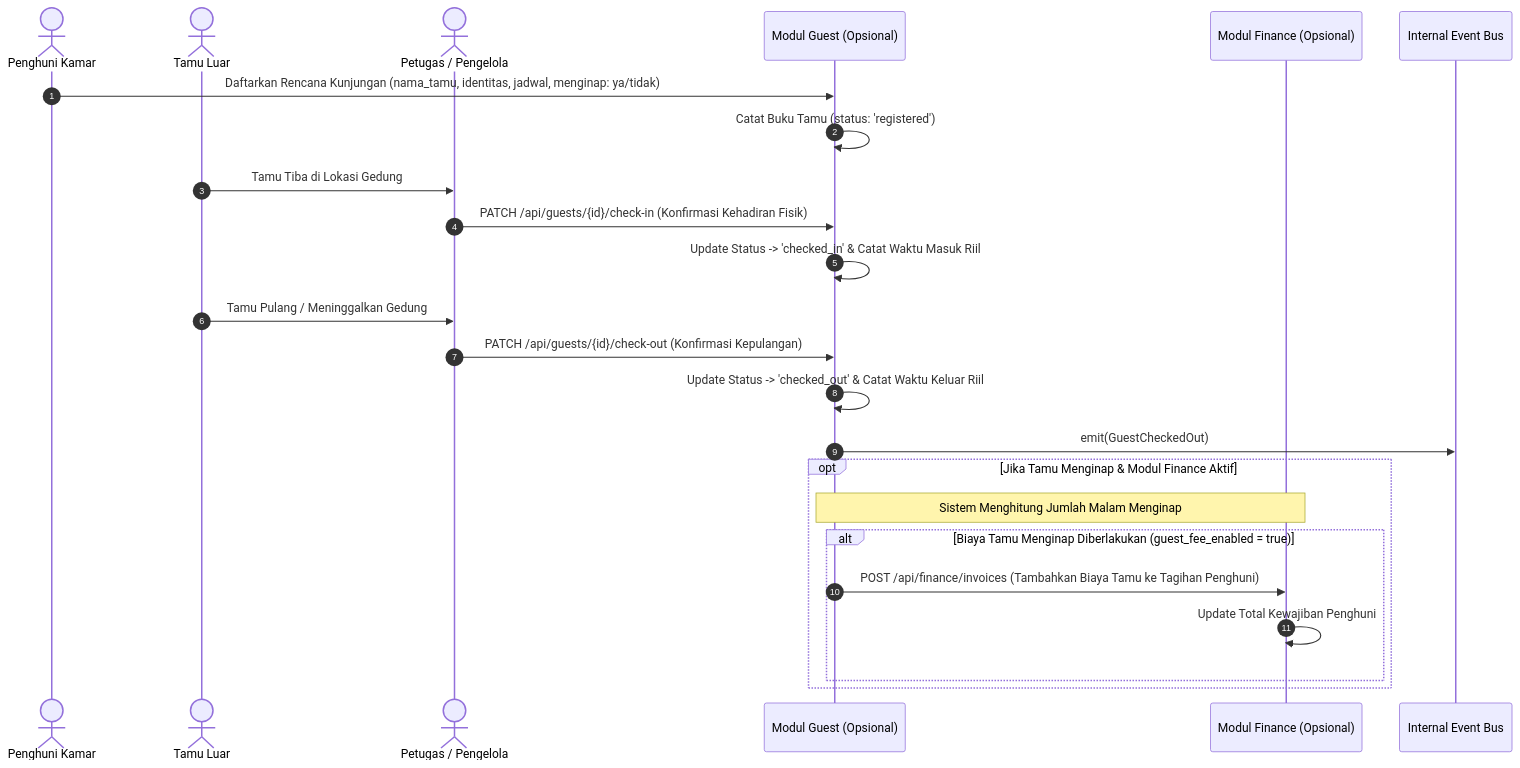
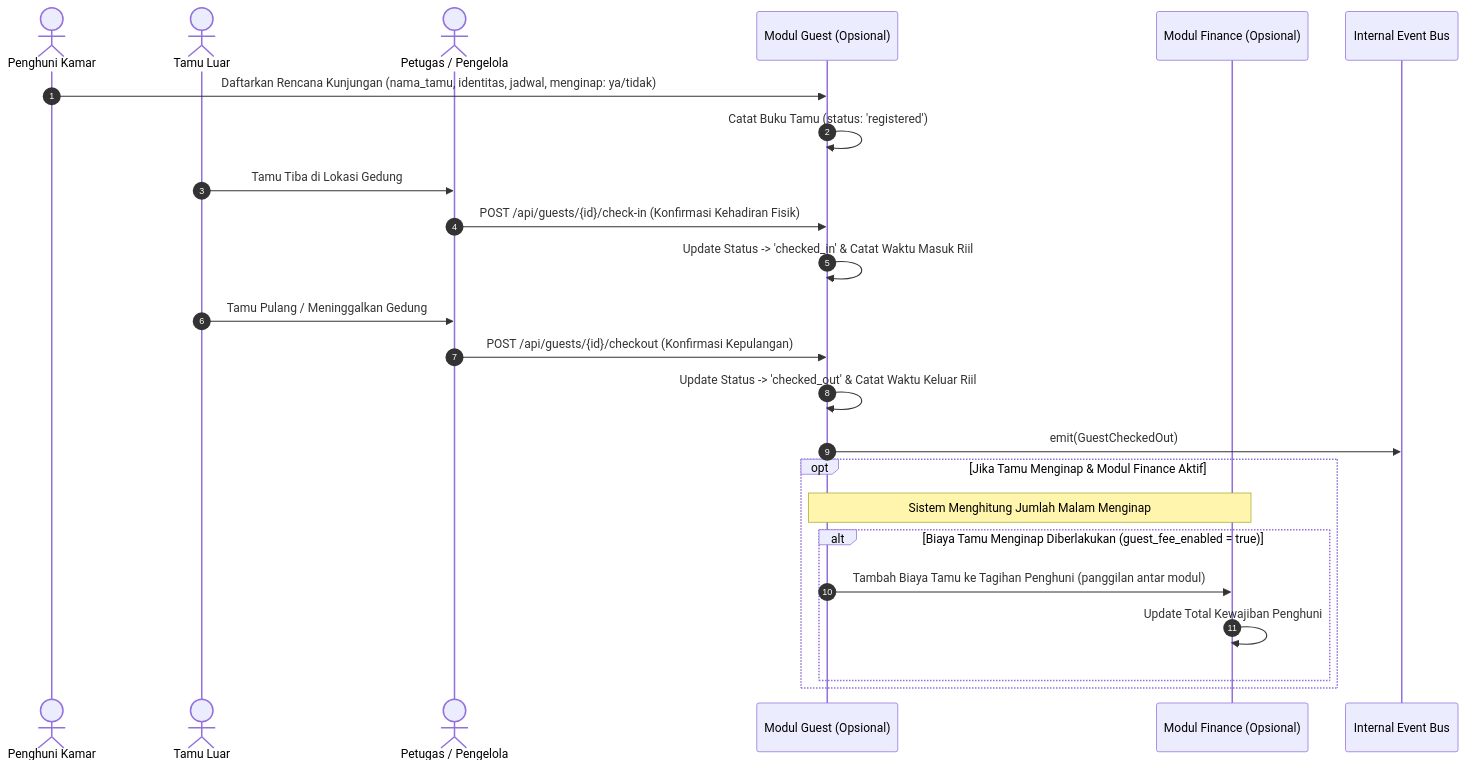
One commit to ALFIAN-code/management-kost changed the diagram in PA/docs/System design/02-BPMN/06_pengawasan_buku_tamu/alur_pengawasan_buku_tamu.mmd. Above: the diagram before and after it, drawn with Mermaid. The commit also changed 221 other files, not shown here.

```diff
--- a/PA/docs/System design/02-BPMN/06_pengawasan_buku_tamu/alur_pengawasan_buku_tamu.mmd
+++ b/PA/docs/System design/02-BPMN/06_pengawasan_buku_tamu/alur_pengawasan_buku_tamu.mmd
@@ -1,28 +1,28 @@
 sequenceDiagram
   autonumber
   actor Resident as Penghuni Kamar
   actor Guest as Tamu Luar
   actor Security as Petugas / Pengelola
   participant GuestMod as Modul Guest (Opsional)
   participant Fin as Modul Finance (Opsional)
   participant Bus as Internal Event Bus
 
   Resident->>GuestMod: Daftarkan Rencana Kunjungan (nama_tamu, identitas, jadwal, menginap: ya/tidak)
   GuestMod->>GuestMod: Catat Buku Tamu (status: 'registered')
 
   Guest->>Security: Tamu Tiba di Lokasi Gedung
-  Security->>GuestMod: PATCH /api/guests/{id}/check-in (Konfirmasi Kehadiran Fisik)
+  Security->>GuestMod: POST /api/guests/{id}/check-in (Konfirmasi Kehadiran Fisik)
   GuestMod->>GuestMod: Update Status -> 'checked_in' & Catat Waktu Masuk Riil
 
   Guest->>Security: Tamu Pulang / Meninggalkan Gedung
-  Security->>GuestMod: PATCH /api/guests/{id}/check-out (Konfirmasi Kepulangan)
+  Security->>GuestMod: POST /api/guests/{id}/checkout (Konfirmasi Kepulangan)
   GuestMod->>GuestMod: Update Status -> 'checked_out' & Catat Waktu Keluar Riil
   GuestMod->>Bus: emit(GuestCheckedOut)
 
   opt Jika Tamu Menginap & Modul Finance Aktif
     Note over GuestMod, Fin: Sistem Menghitung Jumlah Malam Menginap
     alt Biaya Tamu Menginap Diberlakukan (guest_fee_enabled = true)
-      GuestMod->>Fin: POST /api/finance/invoices (Tambahkan Biaya Tamu ke Tagihan Penghuni)
+      GuestMod->>Fin: Tambah Biaya Tamu ke Tagihan Penghuni (panggilan antar modul)
       Fin->>Fin: Update Total Kewajiban Penghuni
     end
   end
```
